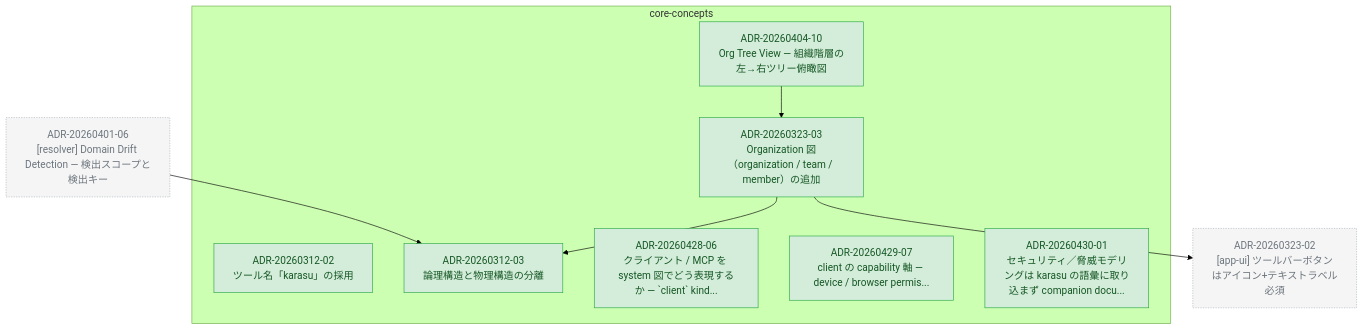
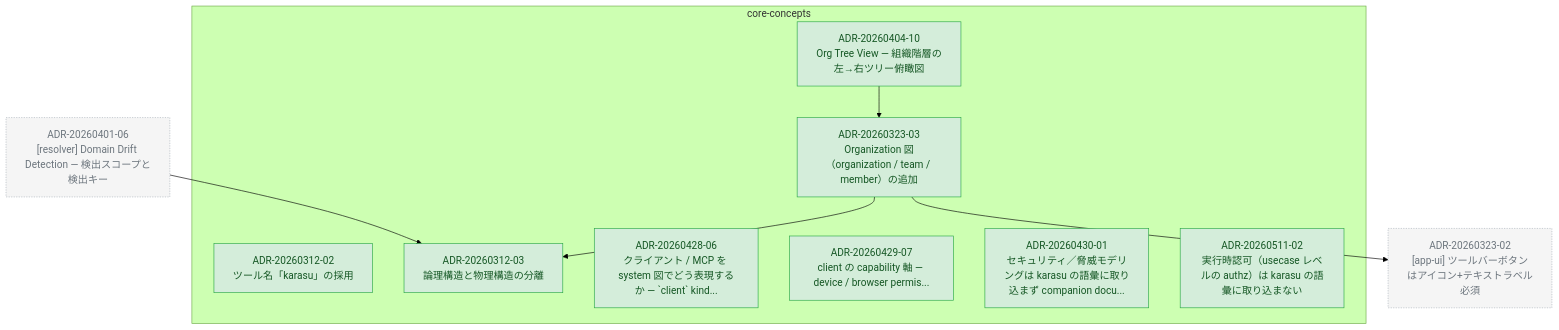
Before and after one commit to kompiro/karasu: the diagram in docs/adr/graph/core-concepts.md, drawn with Mermaid (forest theme). The commit also changed other lines of this file and 6 other files, not shown here.

````diff
--- a/docs/adr/graph/core-concepts.md
+++ b/docs/adr/graph/core-concepts.md
@@ -6,34 +6,36 @@
 ```mermaid
 flowchart TD
   subgraph core-concepts["core-concepts"]
     ADR_20260312_02["ADR-20260312-02<br/>ツール名「karasu」の採用"]
     ADR_20260312_03["ADR-20260312-03<br/>論理構造と物理構造の分離"]
     ADR_20260323_03["ADR-20260323-03<br/>Organization 図（organization / team / member）の追加"]
     ADR_20260404_10["ADR-20260404-10<br/>Org Tree View — 組織階層の左→右ツリー俯瞰図"]
     ADR_20260428_06["ADR-20260428-06<br/>クライアント / MCP を system 図でどう表現するか — `client` kind..."]
     ADR_20260429_07["ADR-20260429-07<br/>client の capability 軸 — device / browser permis..."]
     ADR_20260430_01["ADR-20260430-01<br/>セキュリティ／脅威モデリングは karasu の語彙に取り込まず companion docu..."]
+    ADR_20260511_02["ADR-20260511-02<br/>実行時認可（usecase レベルの authz）は karasu の語彙に取り込まない"]
   end
   ADR_20260323_02["ADR-20260323-02<br/>[app-ui] ツールバーボタンはアイコン+テキストラベル必須"]
   ADR_20260401_06["ADR-20260401-06<br/>[resolver] Domain Drift Detection — 検出スコープと検出キー"]
   ADR_20260323_03 --> ADR_20260312_03
   ADR_20260323_03 --> ADR_20260323_02
   ADR_20260404_10 --> ADR_20260323_03
   ADR_20260401_06 --> ADR_20260312_03
 
   classDef accepted fill:#d4edda,stroke:#28a745,color:#155724
   classDef proposed fill:#fff3cd,stroke:#ffc107,color:#856404
   classDef deprecated fill:#f8d7da,stroke:#dc3545,color:#721c24
   classDef superseded fill:#e2e3e5,stroke:#6c757d,color:#383d41
   classDef not_adopted fill:#e2e3e5,stroke:#6c757d,color:#383d41,stroke-dasharray:3 3
   classDef ghost fill:#f5f5f5,stroke:#adb5bd,color:#6c757d,stroke-dasharray:2 2
   class ADR_20260312_02 accepted
   class ADR_20260312_03 accepted
   class ADR_20260323_03 accepted
   class ADR_20260404_10 accepted
   class ADR_20260428_06 accepted
   class ADR_20260429_07 accepted
   class ADR_20260430_01 accepted
+  class ADR_20260511_02 accepted
   class ADR_20260323_02 ghost
   class ADR_20260401_06 ghost
 ```
````
